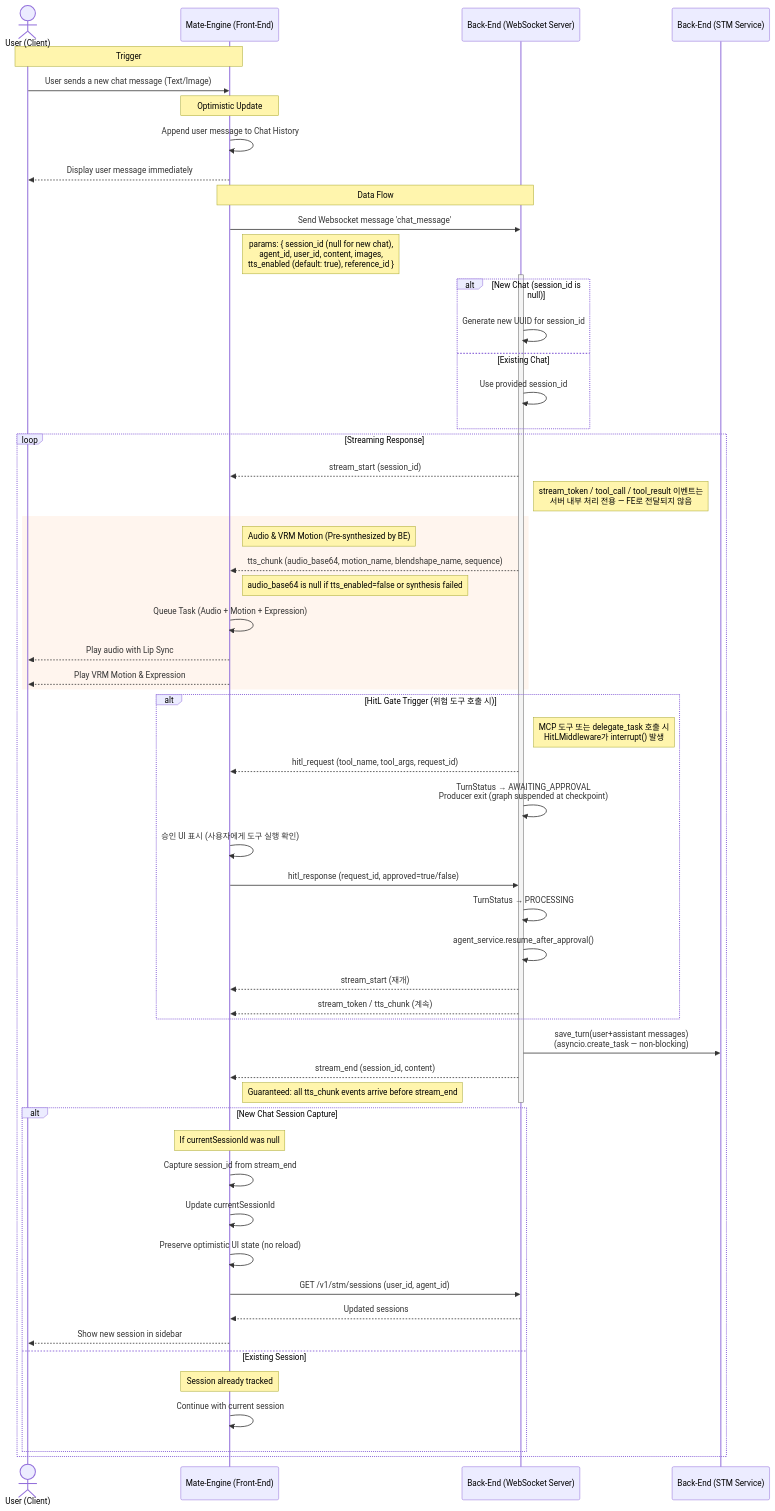
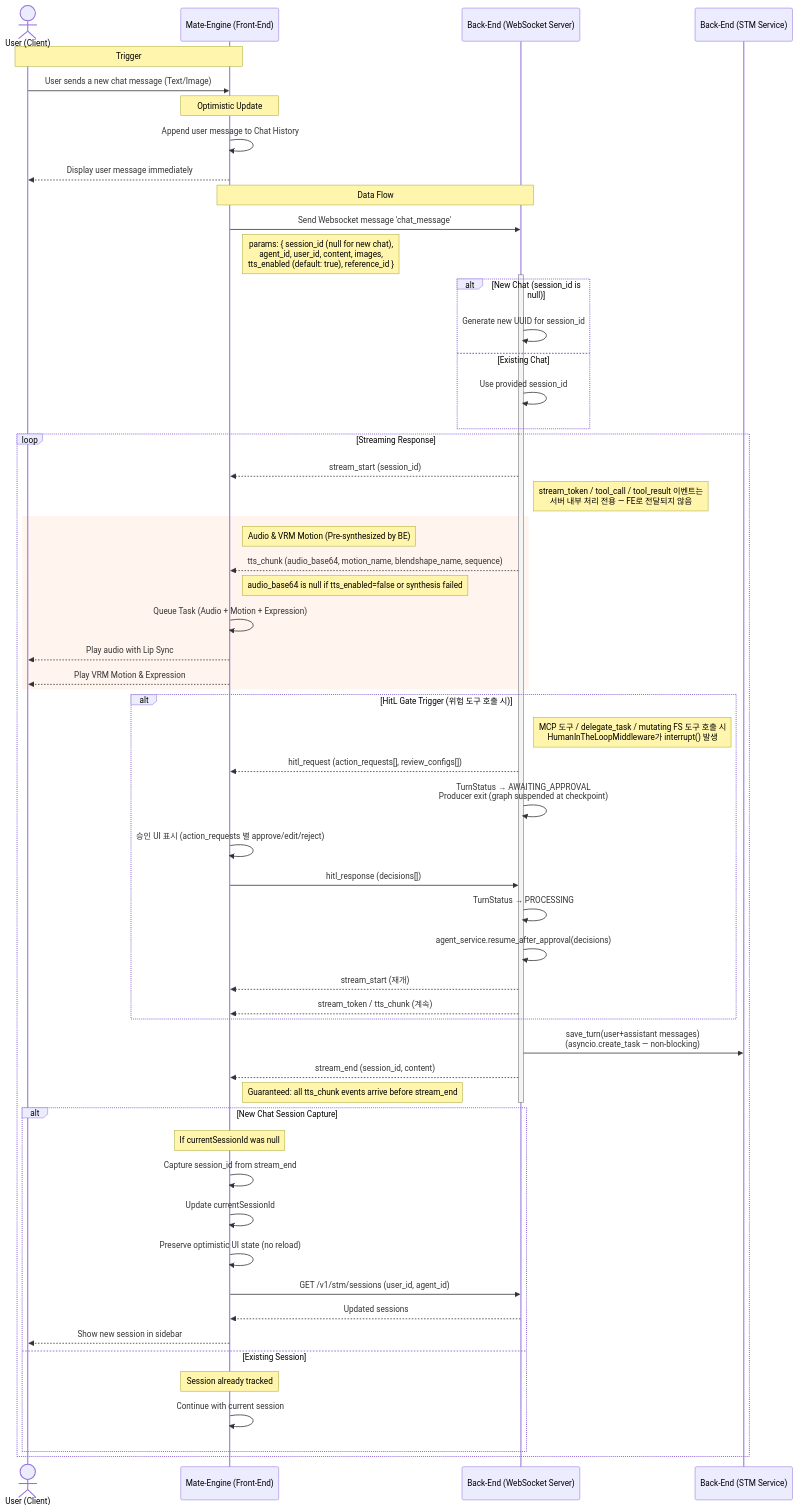
One commit to yw0nam/DesktopMatePlus changed the diagram in docs/data_flow/chat/ADD_CHAT_MESSAGE.md. Above: the diagram before and after it, drawn with Mermaid. The commit also changed other lines of this file and 1 other file, not shown here.

Commit message:
docs(chat): refresh chat flow docs to reference HumanInTheLoopMiddleware

````diff
--- a/docs/data_flow/chat/ADD_CHAT_MESSAGE.md
+++ b/docs/data_flow/chat/ADD_CHAT_MESSAGE.md
@@ -20,70 +20,70 @@
 ```mermaid
 sequenceDiagram
     actor User as User (Client)
     participant FE as Mate-Engine (Front-End)
     participant BE as Back-End (WebSocket Server)
     participant STM as Back-End (STM Service)
 
     Note over User, FE: Trigger
     User->>FE: User sends a new chat message (Text/Image)
 
     Note over FE: Optimistic Update
     FE->>FE: Append user message to Chat History
     FE-->>User: Display user message immediately
 
     Note over FE, BE: Data Flow
     FE->>BE: Send Websocket message 'chat_message'
     Note right of FE: params: { session_id (null for new chat),<br/>agent_id, user_id, content, images,<br/>tts_enabled (default: true), reference_id }
 
     activate BE
 
     alt New Chat (session_id is null)
         BE->>BE: Generate new UUID for session_id
     else Existing Chat
         BE->>BE: Use provided session_id
     end
 
     loop Streaming Response
         BE-->>FE: stream_start (session_id)
 
         Note right of BE: stream_token / tool_call / tool_result 이벤트는<br/>서버 내부 처리 전용 — FE로 전달되지 않음
         rect rgb(255, 245, 238)
             note right of FE: Audio & VRM Motion (Pre-synthesized by BE)
             BE-->>FE: tts_chunk (audio_base64, motion_name, blendshape_name, sequence)
             Note right of FE: audio_base64 is null if tts_enabled=false or synthesis failed
             FE->>FE: Queue Task (Audio + Motion + Expression)
             FE-->>User: Play audio with Lip Sync
             FE-->>User: Play VRM Motion & Expression
         end
 
         alt HitL Gate Trigger (위험 도구 호출 시)
-            Note right of BE: MCP 도구 또는 delegate_task 호출 시<br/>HitLMiddleware가 interrupt() 발생
-            BE-->>FE: hitl_request (tool_name, tool_args, request_id)
+            Note right of BE: MCP 도구 / delegate_task / mutating FS 도구 호출 시<br/>HumanInTheLoopMiddleware가 interrupt() 발생
+            BE-->>FE: hitl_request (action_requests[], review_configs[])
             BE->>BE: TurnStatus → AWAITING_APPROVAL<br/>Producer exit (graph suspended at checkpoint)
-            FE->>FE: 승인 UI 표시 (사용자에게 도구 실행 확인)
-            FE->>BE: hitl_response (request_id, approved=true/false)
+            FE->>FE: 승인 UI 표시 (action_requests 별 approve/edit/reject)
+            FE->>BE: hitl_response (decisions[])
             BE->>BE: TurnStatus → PROCESSING
-            BE->>BE: agent_service.resume_after_approval()
+            BE->>BE: agent_service.resume_after_approval(decisions)
             BE-->>FE: stream_start (재개)
             BE-->>FE: stream_token / tts_chunk (계속)
         end
 
         BE->>STM: save_turn(user+assistant messages)<br/>(asyncio.create_task — non-blocking)
         BE-->>FE: stream_end (session_id, content)
         Note right of FE: Guaranteed: all tts_chunk events arrive before stream_end
         deactivate BE
 
         alt New Chat Session Capture
             Note over FE: If currentSessionId was null
             FE->>FE: Capture session_id from stream_end
             FE->>FE: Update currentSessionId
             FE->>FE: Preserve optimistic UI state (no reload)
             FE->>BE: GET /v1/stm/sessions (user_id, agent_id)
             BE-->>FE: Updated sessions
             FE-->>User: Show new session in sidebar
         else Existing Session
             Note over FE: Session already tracked
             FE->>FE: Continue with current session
         end
     end
 ```
````
